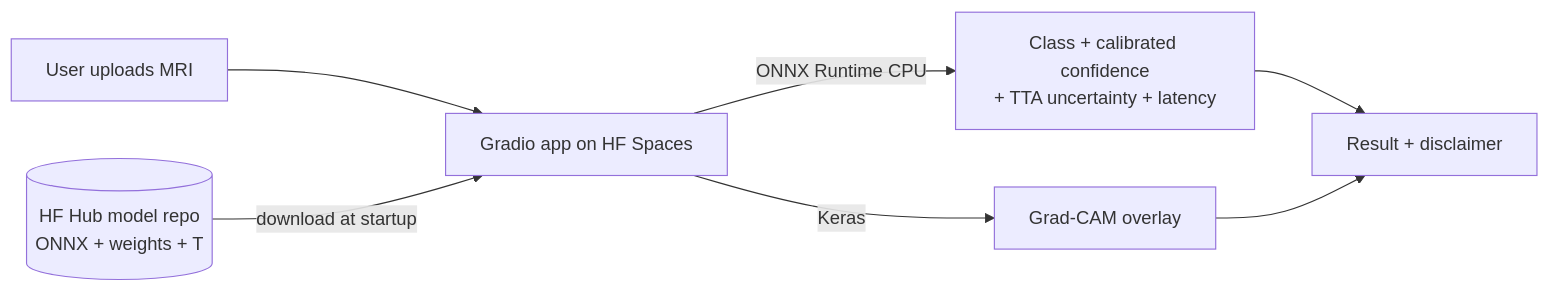
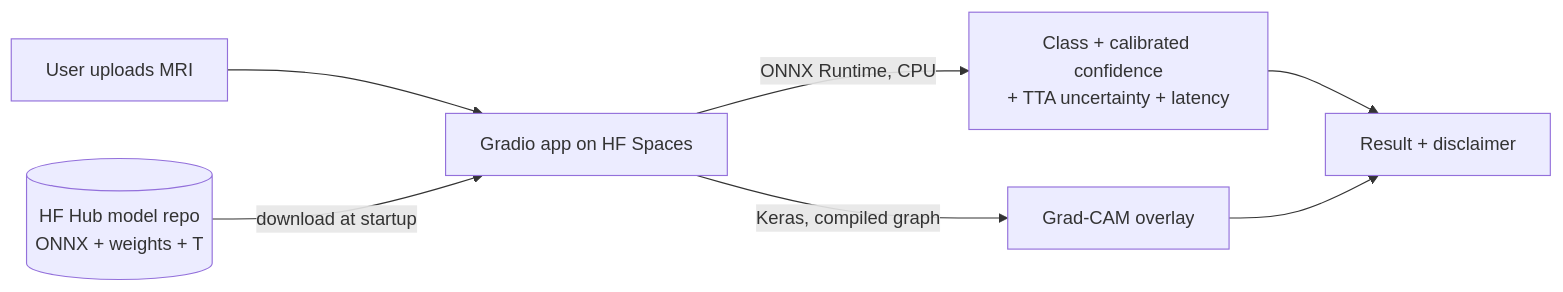
Before and after one commit to Udit013/Brain_Tumor_Classificatioin: the diagram in README.md, drawn with Mermaid. The commit also changed other lines of this file and 38 other files, not shown here.

````diff
--- a/README.md
+++ b/README.md
@@ -199,9 +242,9 @@
 ```mermaid
 flowchart LR
     U[User uploads MRI] --> G[Gradio app on HF Spaces]
     H[(HF Hub model repo<br/>ONNX + weights + T)] -->|download at startup| G
-    G -->|ONNX Runtime CPU| P[Class + calibrated confidence<br/>+ TTA uncertainty + latency]
-    G -->|Keras| C[Grad-CAM overlay]
+    G -->|ONNX Runtime, CPU| P[Class + calibrated confidence<br/>+ TTA uncertainty + latency]
+    G -->|Keras, compiled graph| C[Grad-CAM overlay]
     P --> O[Result + disclaimer]
     C --> O
 ```
````
